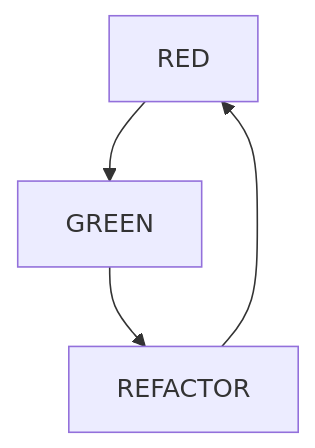
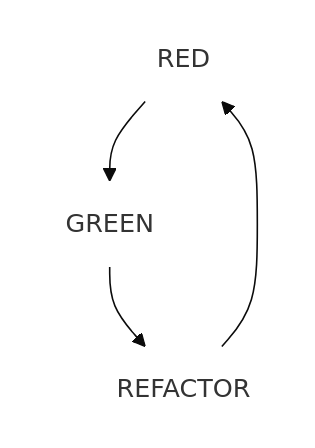
One commit to segin-GH/TDD-4-Embedded changed the diagram in README.md. Above: the diagram before and after it, drawn with Mermaid.

````diff
--- a/README.md
+++ b/README.md
@@ -11,5 +11,7 @@
 ```mermaid
-%%{init: {'textColor' : '#000000', "flowchart" : { "curve" : "basis" } } }%%
+
+%%{init: {'theme': 'base', 'themeVariables': { 'primaryColor': '#0000', 'edgeLabelBackground':'#ffffee', 'tertiaryColor': '#fff0f0'}}}%%
+
 graph TD;
 RED-->GREEN-->REFACTOR-->RED
 ```
````
